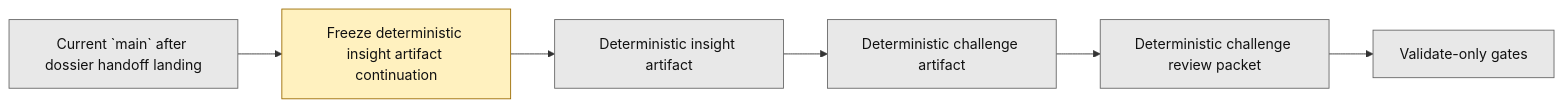
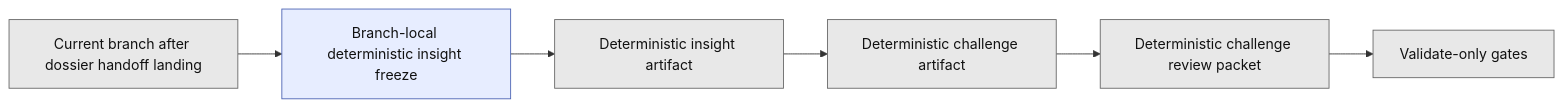
Before and after one commit to benjmcd/project6_REPO_MCP_FOLDER: the second of 2 diagrams in next_milestone_plans/layer3_progress_board.md, drawn with Mermaid. The commit also changed other lines of this file and 9 other files, not shown here.

Commit message:
docs(layer3): freeze deterministic insight continuation

````diff
--- a/next_milestone_plans/layer3_progress_board.md
+++ b/next_milestone_plans/layer3_progress_board.md
@@ -138,15 +145,16 @@
 ```mermaid
 flowchart LR
-    A["Current `main` after dossier handoff landing"] --> B["Freeze deterministic insight artifact continuation"]
+    A["Current branch after dossier handoff landing"] --> B["Branch-local deterministic insight freeze"]
     B --> C["Deterministic insight artifact"]
     C --> D["Deterministic challenge artifact"]
     D --> E["Deterministic challenge review packet"]
     E --> F["Validate-only gates"]
 
     classDef next fill:#fff1bf,stroke:#9a6b00,color:#111;
     classDef future fill:#e8e8e8,stroke:#666,color:#111;
+    classDef branch fill:#e7edff,stroke:#4b63b3,color:#111;
 
     class A future;
-    class B next;
+    class B branch;
     class C,D,E,F future;
 ```
````
